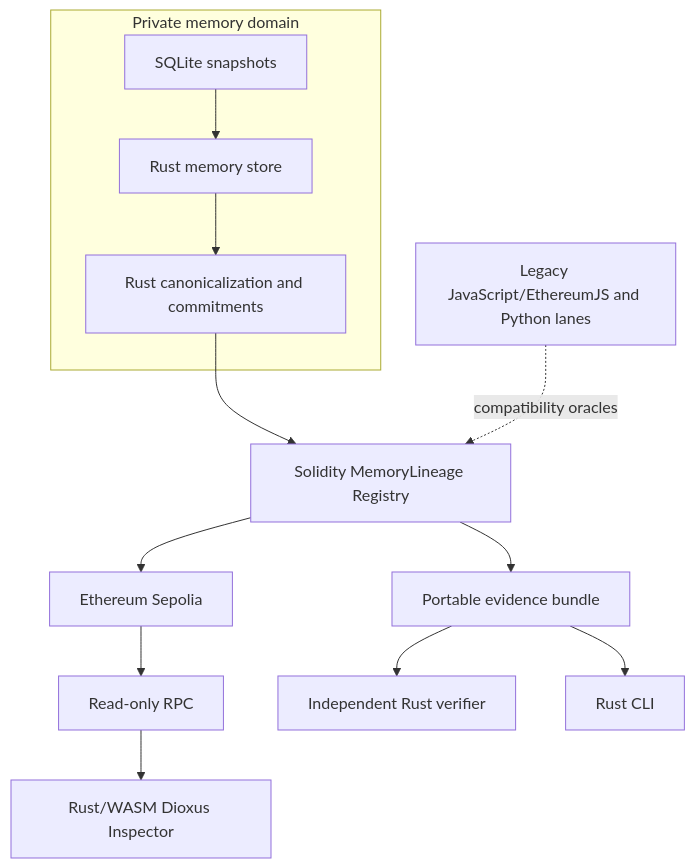
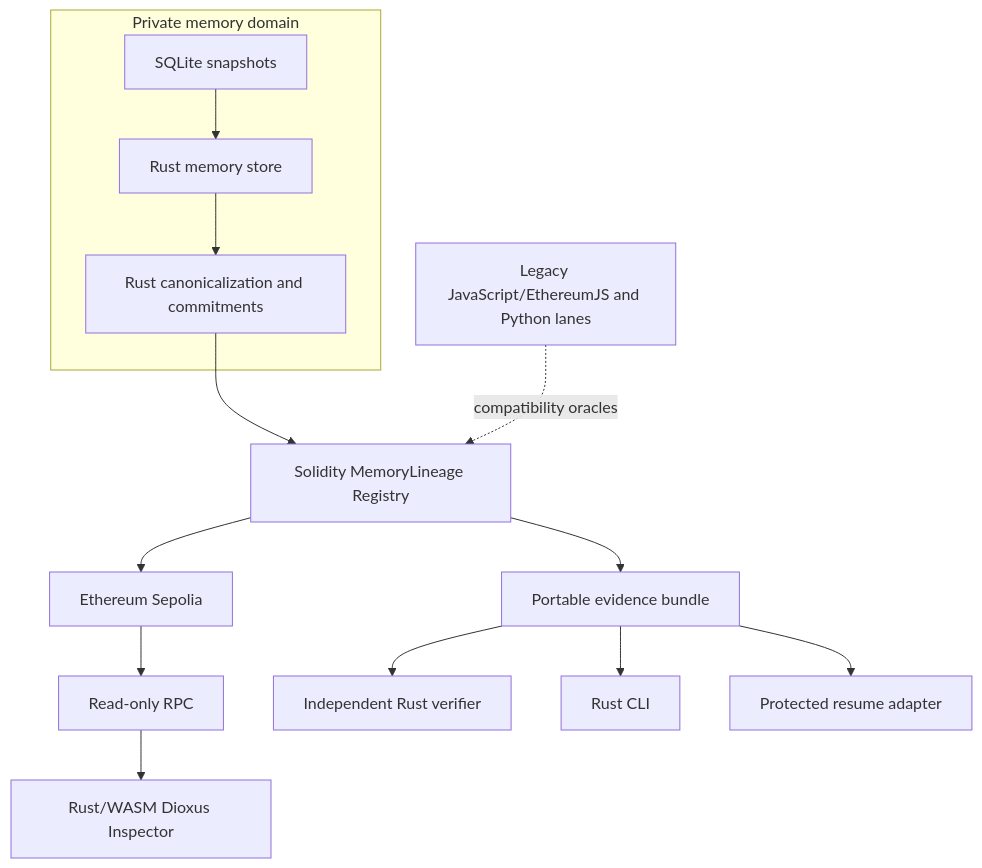
Before and after one commit to AndroLay/MemoryLineage: the second of 2 diagrams in README.md, drawn with Mermaid. The commit also changed other lines of this file and 38 other files, not shown here.

```diff
--- a/README.md
+++ b/README.md
@@ -180,18 +200,19 @@
 ~~~mermaid
 flowchart TB
     subgraph Private[Private memory domain]
         M[SQLite snapshots] --> S[Rust memory store]
         S --> C[Rust canonicalization and commitments]
     end
 
     C --> R[Solidity MemoryLineage Registry]
     R --> E[Ethereum Sepolia]
 
     E --> Q[Read-only RPC]
     Q --> I[Rust/WASM Dioxus Inspector]
     R --> B[Portable evidence bundle]
     B --> V[Independent Rust verifier]
     B --> L[Rust CLI]
+    B --> G[Protected resume adapter]
 
     J[Legacy JavaScript/EthereumJS and Python lanes] -. compatibility oracles .-> R
 ~~~
```
